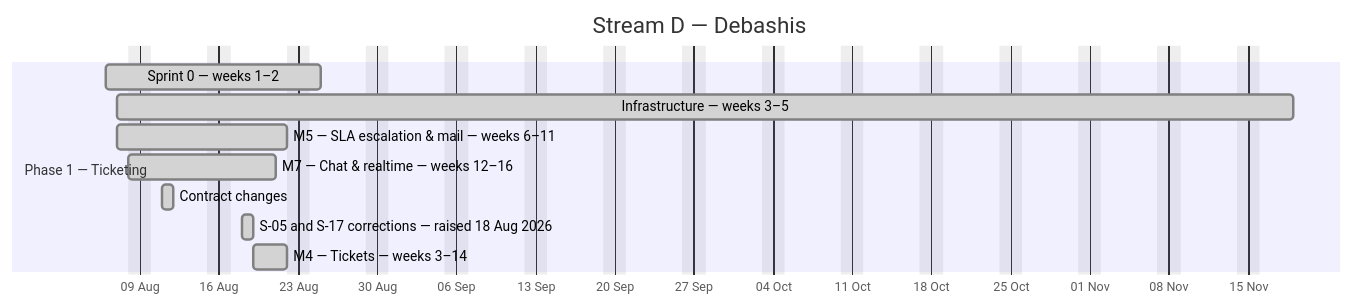
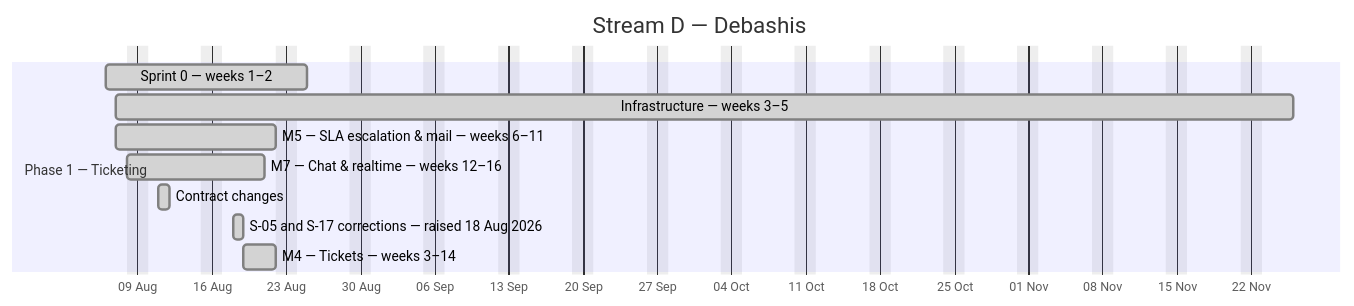
Before and after one commit to debashisedunext/EduTrack: the fourth of 4 diagrams in docs/plan/GANTT.md, drawn with Mermaid. The commit also changed other lines of this file and 2 other files, not shown here.

````diff
--- a/docs/plan/GANTT.md
+++ b/docs/plan/GANTT.md
@@ -203,15 +203,15 @@
 ```mermaid
 gantt
     dateFormat YYYY-MM-DD
     axisFormat %d %b
     title Stream D — Debashis
     excludes weekends
     section Phase 1 — Ticketing
     Sprint 0 — weeks 1–2 :done, d0, 2026-08-06, 13d
-    Infrastructure — weeks 3–5 :done, d1, 2026-08-07, 74d
+    Infrastructure — weeks 3–5 :done, d1, 2026-08-07, 79d
     M5 — SLA  escalation & mail — weeks 6–11 :done, d2, 2026-08-07, 11d
     M7 — Chat & realtime — weeks 12–16 :done, d3, 2026-08-08, 10d
     Contract changes :done, d4, 2026-08-11, 1d
     S-05 and S-17 corrections — raised 18 Aug 2026 :done, d5, 2026-08-18, 1d
     M4 — Tickets — weeks 3–14 :done, d6, 2026-08-19, 3d
 ```
````
